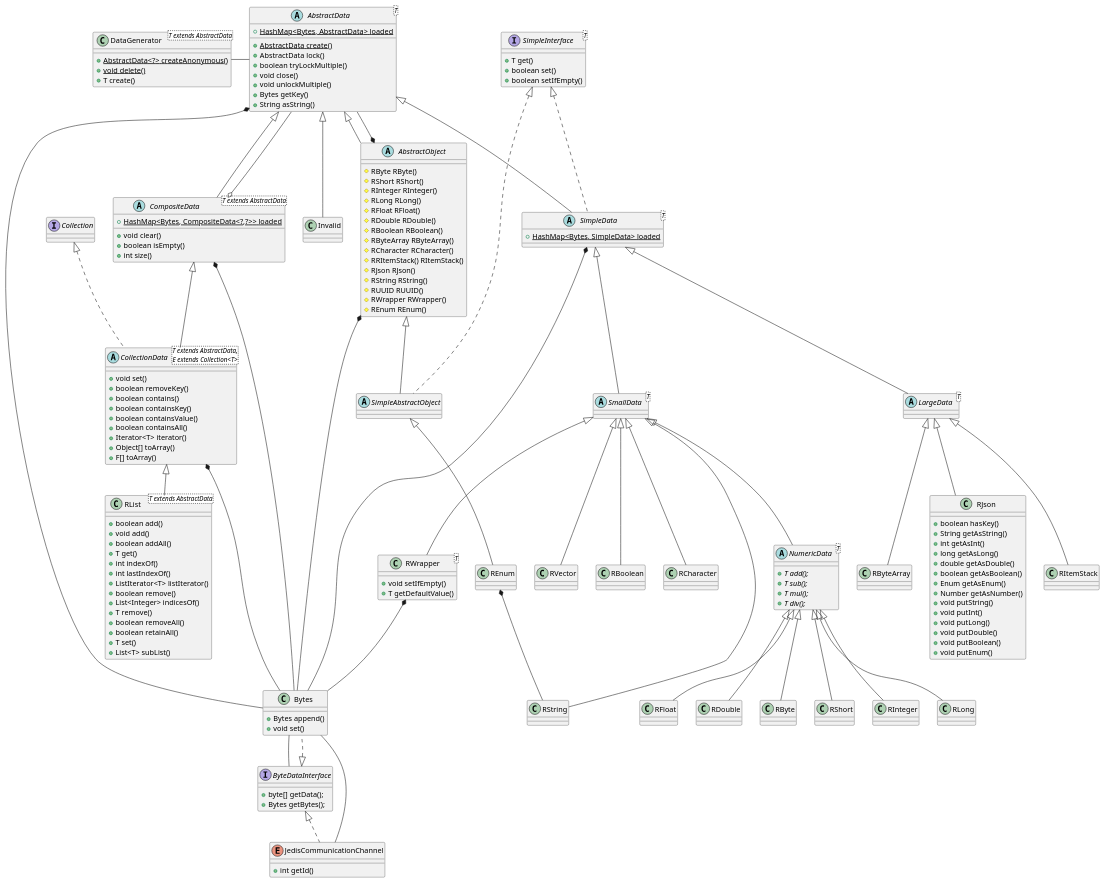
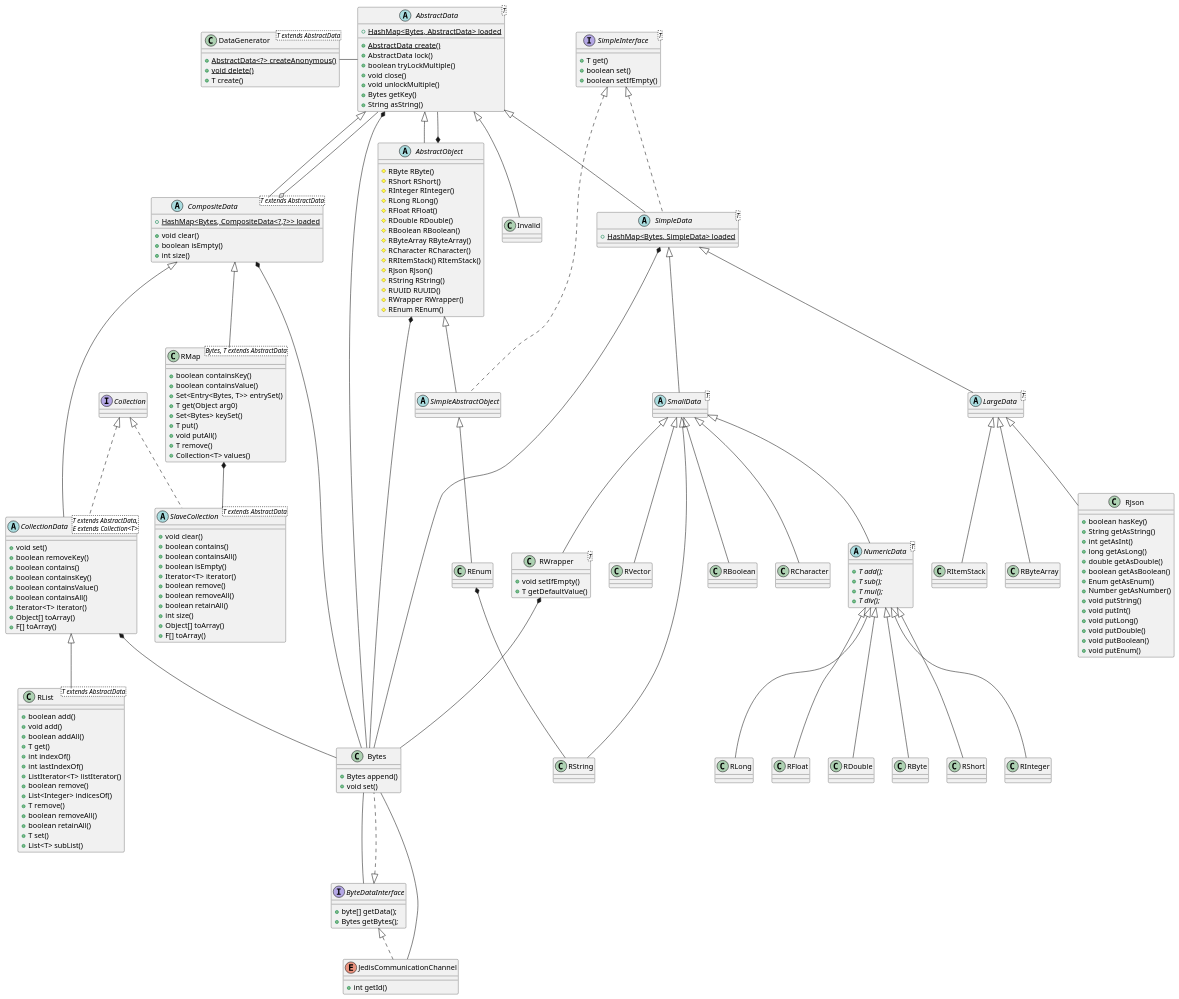
One commit to chrisb09/firecord changed the diagram in DataTypes.puml. Above: the diagram before and after it, drawn with PlantUML. The commit also changed 1 other file, not shown here.

Commit message:
update DataType diagram

```diff
--- a/DataTypes.puml
+++ b/DataTypes.puml
@@ -166,6 +166,35 @@
 
 }
 
+class RMap <Bytes, T extends AbstractData> extends CompositeData {
+    + boolean containsKey()
+    + boolean containsValue()
+    + Set<Entry<Bytes, T>> entrySet()
+    + T get(Object arg0)
+    + Set<Bytes> keySet()
+    + T put()
+    + void putAll()
+    + T remove()
+    + Collection<T> values()
+}
+
+RMap *-- SlaveCollection
+
+
+abstract SlaveCollection <T extends AbstractData> implements Collection {
+    + void clear()
+    + boolean contains()
+    + boolean containsAll()
+    + boolean isEmpty()
+    + Iterator<T> iterator()
+    + boolean remove()
+    + boolean removeAll()
+    + boolean retainAll()
+    + int size()
+    + Object[] toArray()
+    + F[] toArray()
+}
+
 CompositeData o-- AbstractData
 
 abstract AbstractObject extends AbstractData {
```
